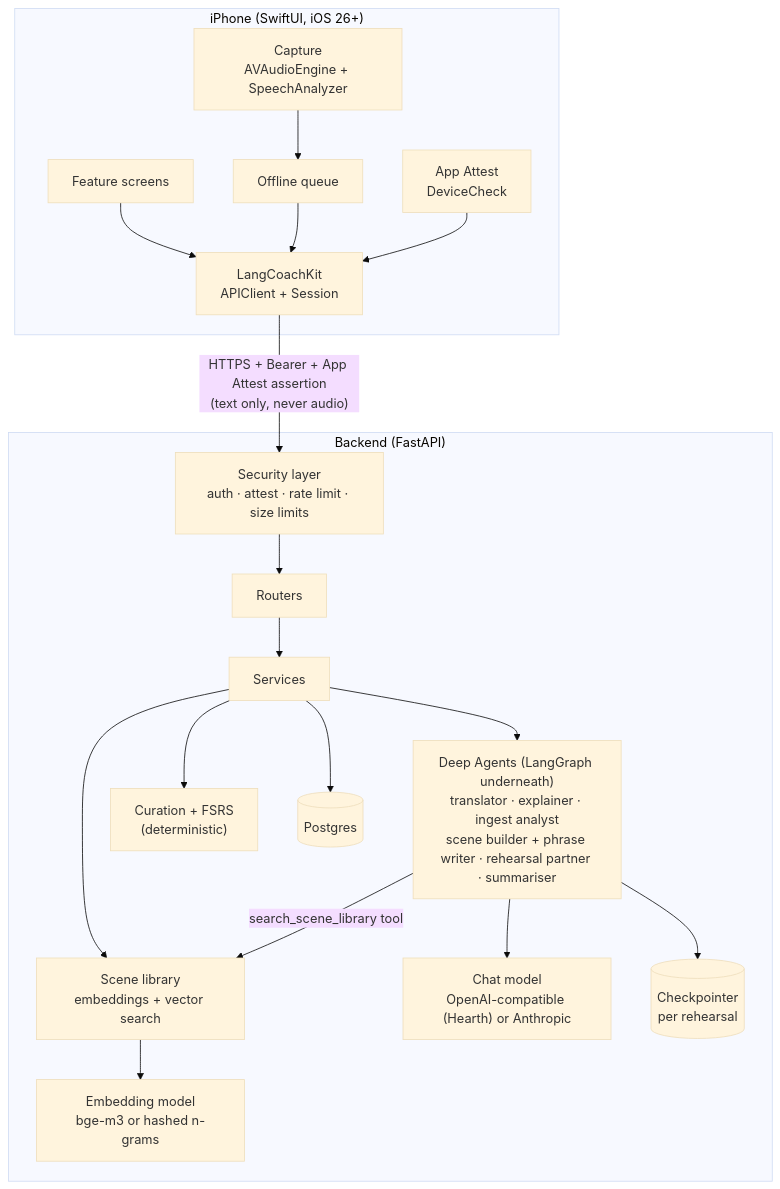
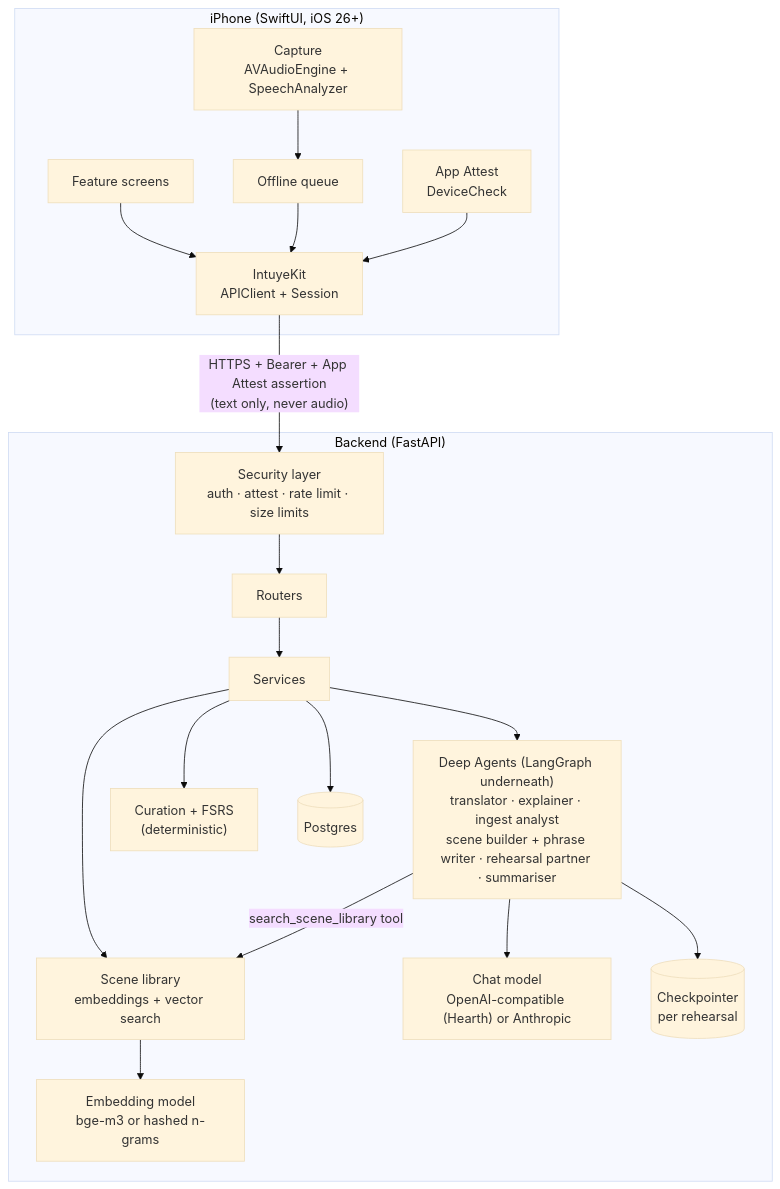
One commit to AiKoushik/intuye changed the diagram in docs/05-architecture.md. Above: the diagram before and after it, drawn with Mermaid (base theme). The commit also changed other lines of this file and 122 other files, not shown here.

````diff
--- a/docs/05-architecture.md
+++ b/docs/05-architecture.md
@@ -3,22 +3,22 @@
 ```mermaid
 flowchart TB
   subgraph Phone["iPhone (SwiftUI, iOS 26+)"]
     Cap["Capture<br/>AVAudioEngine + SpeechAnalyzer"] --> Q["Offline queue"]
-    UI["Feature screens"] --> Kit["LangCoachKit<br/>APIClient + Session"]
+    UI["Feature screens"] --> Kit["IntuyeKit<br/>APIClient + Session"]
     Q --> Kit
     Att["App Attest<br/>DeviceCheck"] --> Kit
   end
   Kit -- "HTTPS + Bearer + App Attest assertion<br/>(text only, never audio)" --> GW
   subgraph Server["Backend (FastAPI)"]
     GW["Security layer<br/>auth · attest · rate limit · size limits"] --> R["Routers"]
     R --> S["Services"]
     S --> G["Deep Agents (LangGraph underneath)<br/>translator · explainer · ingest analyst<br/>scene builder + phrase writer · rehearsal partner · summariser"]
     S --> C["Curation + FSRS<br/>(deterministic)"]
     S --> V["Scene library<br/>embeddings + vector search"]
     G -- "search_scene_library tool" --> V
     G --> L["Chat model<br/>OpenAI-compatible (Hearth) or Anthropic"]
     V --> E["Embedding model<br/>bge-m3 or hashed n-grams"]
     S --> DB[("Postgres")]
     G --> CP[("Checkpointer<br/>per rehearsal")]
   end
 ```
````
